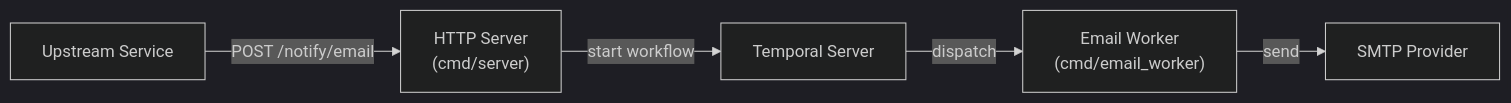
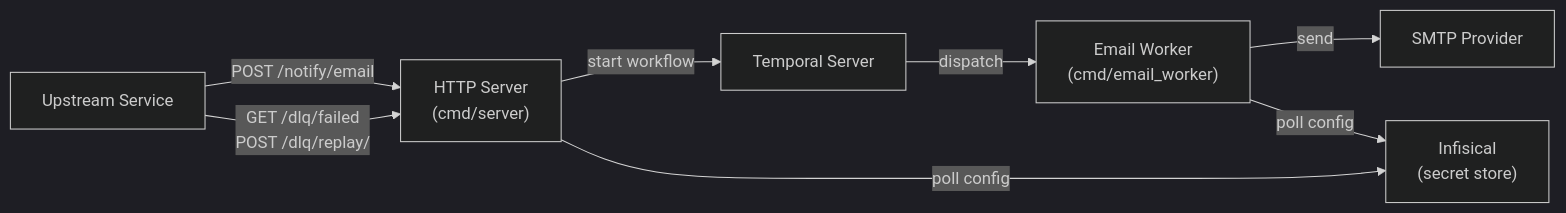
Before and after one commit to kap-theorem/beacon: the diagram in docs/ARCHITECTURE.md, drawn with Mermaid (dark theme). The commit also changed other lines of this file and 4 other files, not shown here.

First line of the commit message:
docs: reconcile API/README/config/architecture with verified behavior

````diff
--- a/docs/ARCHITECTURE.md
+++ b/docs/ARCHITECTURE.md
@@ -9,13 +9,17 @@
 ```mermaid
 flowchart LR
     US["Upstream Service"]
     HTTP["HTTP Server\n(cmd/server)"]
     TS["Temporal Server"]
     EW["Email Worker\n(cmd/email_worker)"]
     SMTP["SMTP Provider"]
+    INF["Infisical\n(secret store)"]
 
     US -->|POST /notify/email| HTTP
+    US -->|GET /dlq/failed\nPOST /dlq/replay/| HTTP
     HTTP -->|start workflow| TS
     TS -->|dispatch| EW
     EW -->|send| SMTP
+    HTTP -->|poll config| INF
+    EW -->|poll config| INF
 ```
````
